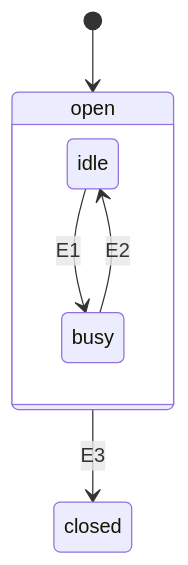
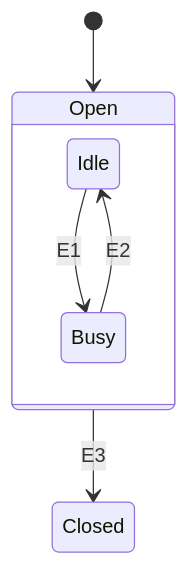
One commit to gregormelhorn/stateradar changed the diagram in tools/selftest/compound/domain-analysis/gate/as-is.machine.mmd. Above: the diagram before and after it, drawn with Mermaid. The commit also changed 14 other files, not shown here.

```diff
--- a/tools/selftest/compound/domain-analysis/gate/as-is.machine.mmd
+++ b/tools/selftest/compound/domain-analysis/gate/as-is.machine.mmd
@@ -1,7 +1,7 @@
 stateDiagram-v2
-    [*] --> open
-    state open {
-        idle --> busy : E1
-        busy --> idle : E2
+    [*] --> Open
+    state Open {
+        Idle --> Busy : E1
+        Busy --> Idle : E2
     }
-    open --> closed : E3
+    Open --> Closed : E3
```
